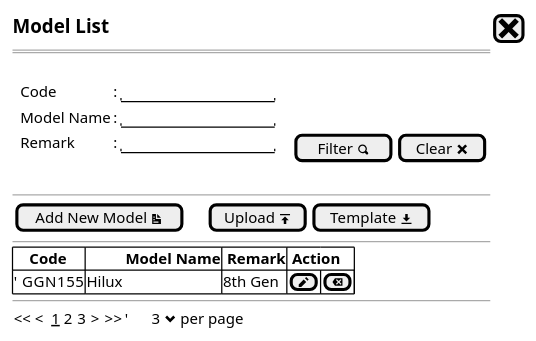
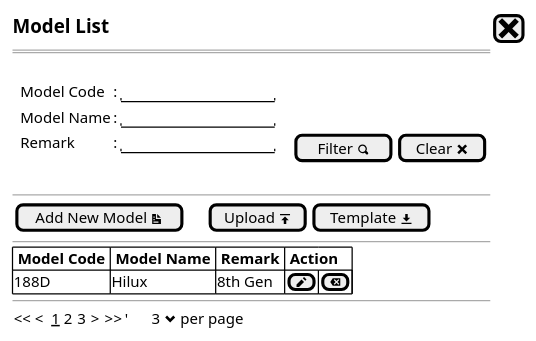
One commit to ari-fikri/packing-cost-mockup changed the diagram in Model/model - newstep0a.puml. Above: the diagram before and after it, drawn with PlantUML. The commit also changed 5 other files, not shown here.

Commit message:
- rename code menjadi model code - rename name menjadi model name - update ouput di grid view menggunakan data real

```diff
--- a/Model/model - newstep0a.puml
+++ b/Model/model - newstep0a.puml
@@ -1,27 +1,27 @@
 @startsalt
 {
   <size:15><b>Model List |[<size:25><&x>]|*
   ==
   .
   {
-      .|Code        |: |"               "|*
+      .|Model Code        |: |"               "|*
       .|Model Name  |: |"               "|*
       .|Remark      |: |"               "|.|.|[Filter <&magnifying-glass>]| [Clear <&x>]|*
   }
   .
   --
   {
   [Add New Model <&document>]|.|.|.|[Upload <&data-transfer-upload>]| [Template <&data-transfer-download>]|* 
   }
   --
   {#
-    |<b>    Code |<b>          Model Name        |<b> Remark |<b> Action |*|*|*
-    |'  GGN155   | Hilux                         | 8th Gen       |[<&pencil>]|[<&delete>]|*
+    |<b> Model Code |<b> Model Name |<b> Remark |<b> Action |*|*|*
+    |  188D         | Hilux         | 8th Gen   |[<&pencil>]|[<&delete>]|*
   }
   --
   {
   << <  __1__ 2 3  > >>  |'      3 <&chevron-bottom> per page |*
   }
 
 }
 @endsalt
```
